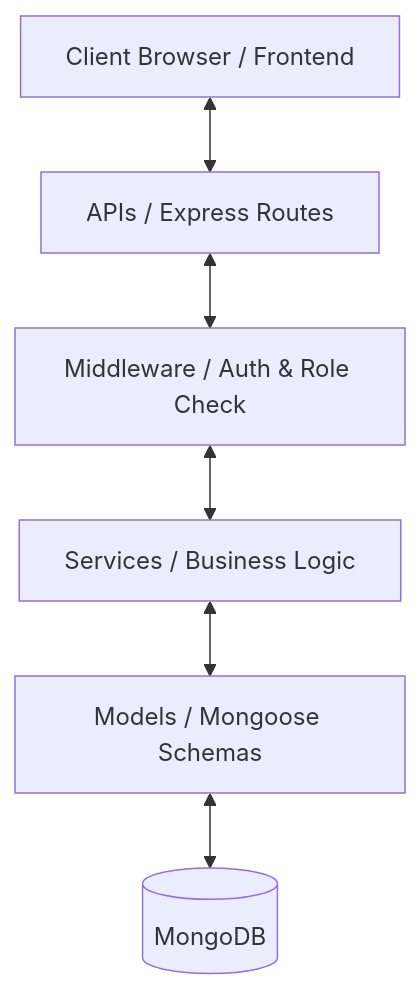
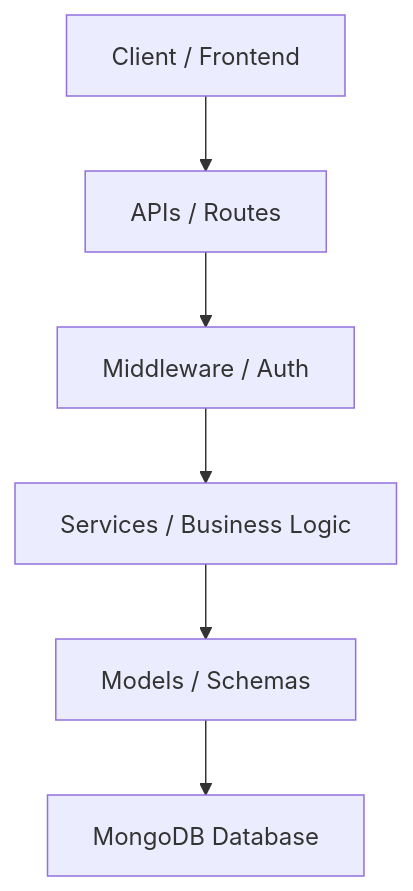
One commit to anushabirakayalaa/automated-complaint-backend changed the first of 2 diagrams in BACKEND/README.md. Above: the diagram before and after it, drawn with Mermaid. The commit also changed other lines of this file and 1 other file, not shown here.

Commit message:
Updated Whole Frontend

````diff
--- a/BACKEND/README.md
+++ b/BACKEND/README.md
@@ -129,8 +168,8 @@
 ```mermaid
 graph TD
-    Client[Client Browser / Frontend] <--> APIs[APIs / Express Routes]
-    APIs <--> Middleware[Middleware / Auth & Role Check]
-    Middleware <--> Services[Services / Business Logic]
-    Services <--> Models[Models / Mongoose Schemas]
-    Models <--> DB[(MongoDB)]
+    Client[Client / Frontend] --> APIs[APIs / Routes]
+    APIs --> Middleware[Middleware / Auth]
+    Middleware --> Services[Services / Business Logic]
+    Services --> Models[Models / Schemas]
+    Models --> DB[MongoDB Database]
 ```
````
